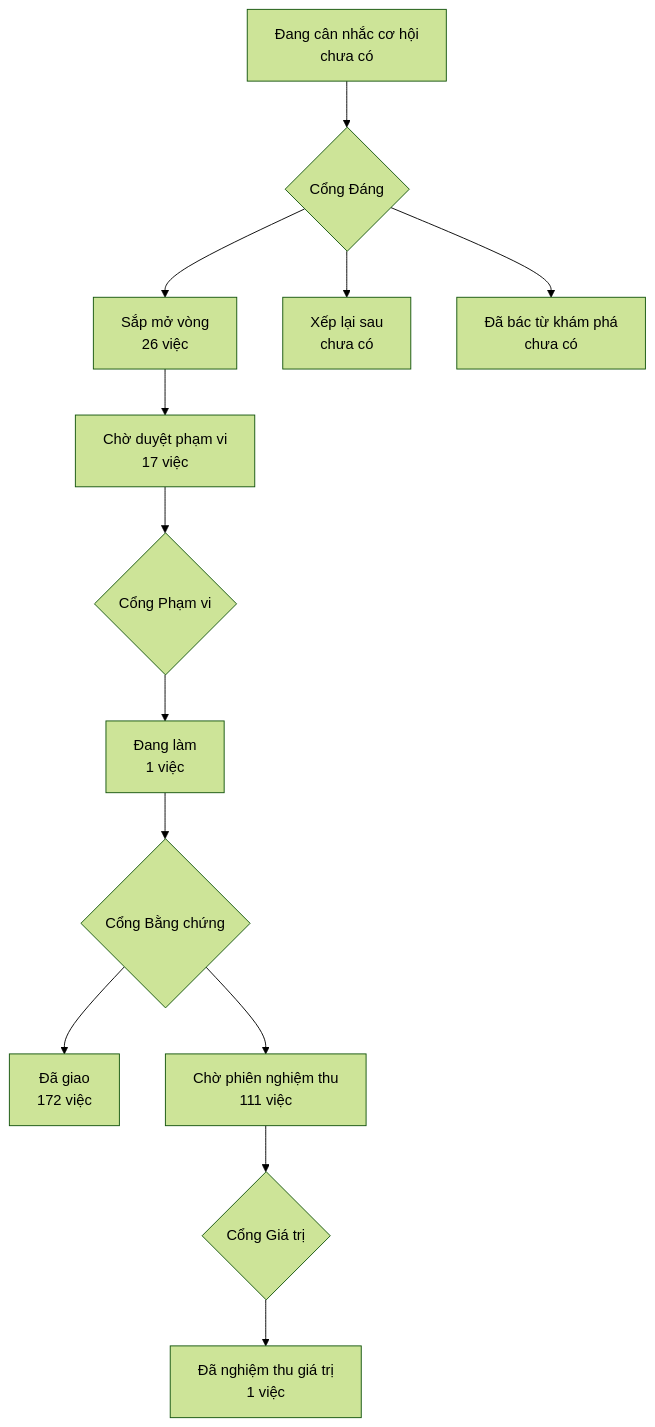
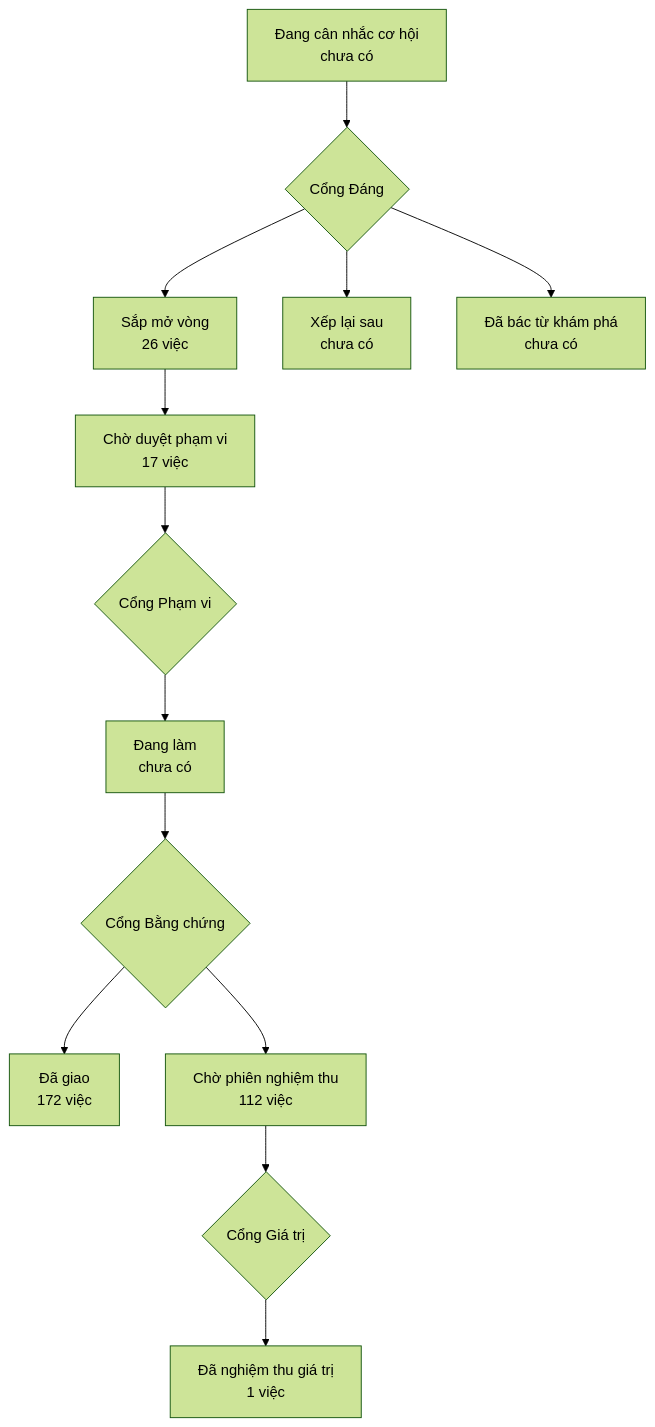
One commit to phanlemanh/onehub-invest changed the diagram in PRODUCT-MAP.md. Above: the diagram before and after it, drawn with Mermaid (forest theme). The commit also changed other lines of this file and 4 other files, not shown here.

````diff
--- a/PRODUCT-MAP.md
+++ b/PRODUCT-MAP.md
@@ -7,12 +7,12 @@
 ```mermaid
 flowchart TD
   A["Đang cân nhắc cơ hội<br/>chưa có"] --> GD{"Cổng Đáng"}
   GD --> B["Sắp mở vòng<br/>26 việc"]
   GD --> XL["Xếp lại sau<br/>chưa có"]
   GD --> DB["Đã bác từ khám phá<br/>chưa có"]
   B --> CD["Chờ duyệt phạm vi<br/>17 việc"] --> GP{"Cổng Phạm vi"}
-  GP --> DL["Đang làm<br/>1 việc"] --> GB{"Cổng Bằng chứng"}
+  GP --> DL["Đang làm<br/>chưa có"] --> GB{"Cổng Bằng chứng"}
   GB --> DG["Đã giao<br/>172 việc"]
-  GB --> CN["Chờ phiên nghiệm thu<br/>111 việc"] --> GG{"Cổng Giá trị"}
+  GB --> CN["Chờ phiên nghiệm thu<br/>112 việc"] --> GG{"Cổng Giá trị"}
   GG --> NT["Đã nghiệm thu giá trị<br/>1 việc"]
 ```
````
